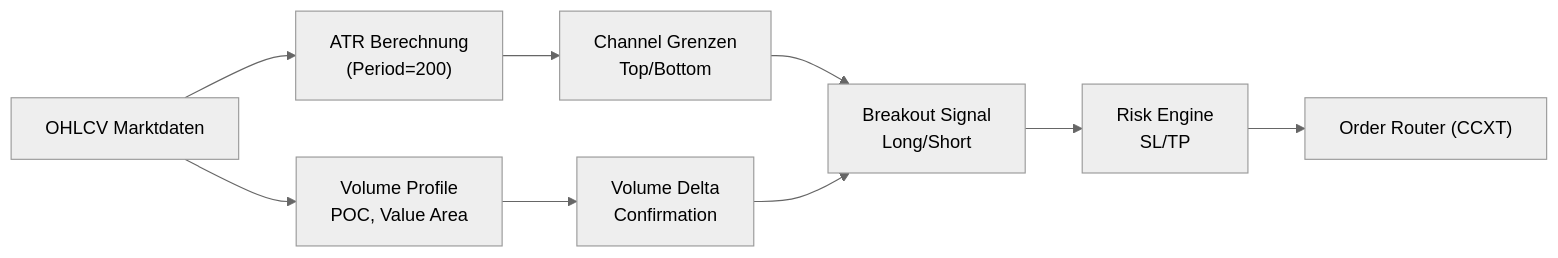
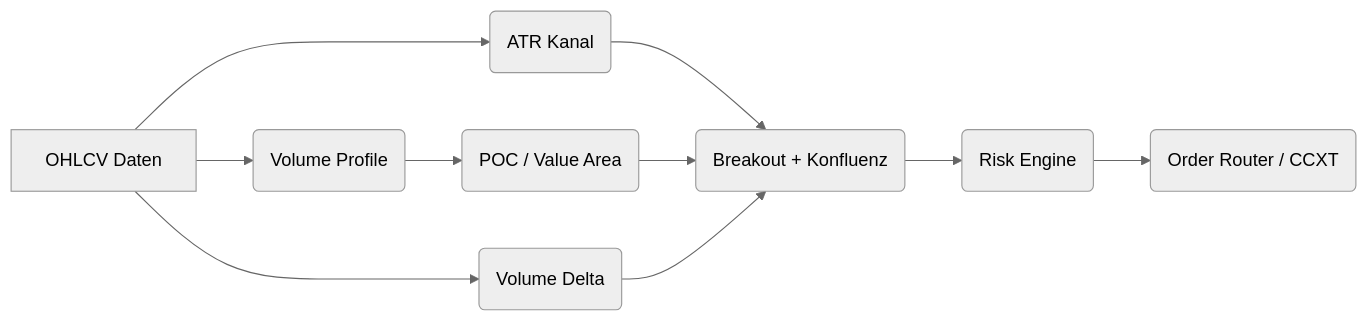
Before and after one commit to Youra82/kbot: the diagram in README.md, drawn with Mermaid (neutral theme). The commit also changed other lines of this file, not shown here.

````diff
--- a/README.md
+++ b/README.md
@@ -32,17 +39,10 @@
 ```mermaid
 flowchart LR
-    A["OHLCV Marktdaten"]
-    B["ATR Berechnung<br/>(Period=200)"]
-    C["Channel Grenzen<br/>Top/Bottom"]
-    D["Volume Profile<br/>POC, Value Area"]
-    E["Volume Delta<br/>Confirmation"]
-    F["Breakout Signal<br/>Long/Short"]
-    G["Risk Engine<br/>SL/TP"]
-    H["Order Router (CCXT)"]
-
-    A --> B --> C
-    A --> D --> E
-    C --> F
-    E --> F
-    F --> G --> H
+  A[OHLCV Daten] --> B(ATR Kanal)
+  A --> C(Volume Profile)
+  C --> D(POC / Value Area)
+  A --> E(Volume Delta)
+  B & D & E --> F(Breakout + Konfluenz)
+  F --> G(Risk Engine)
+  G --> H(Order Router / CCXT)
 ```
````
